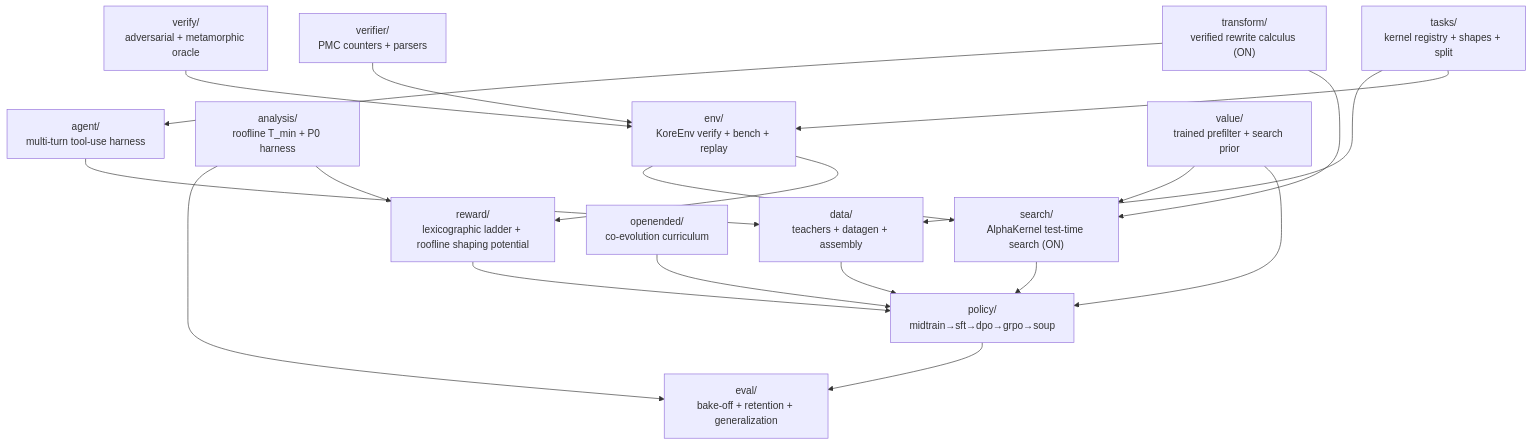
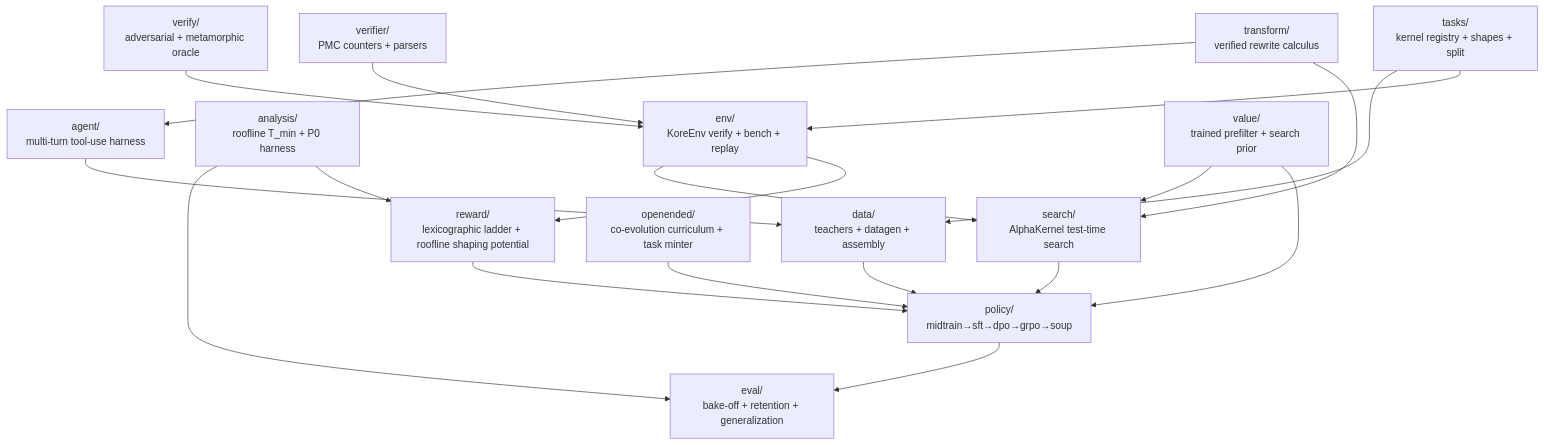
Before and after one commit to amd-shasriva/KORE: the diagram in kore/README.md, drawn with Mermaid. The commit also changed other lines of this file and 23 other files, not shown here.

````diff
--- a/kore/README.md
+++ b/kore/README.md
@@ -13,36 +13,36 @@
 ```mermaid
 flowchart TB
   tasks["tasks/<br/>kernel registry + shapes + split"]
   env["env/<br/>KoreEnv verify + bench + replay"]
   analysis["analysis/<br/>roofline T_min + P0 harness"]
   reward["reward/<br/>lexicographic ladder + roofline shaping potential"]
   verify["verify/<br/>adversarial + metamorphic oracle"]
   verifier["verifier/<br/>PMC counters + parsers"]
   data["data/<br/>teachers + datagen + assembly"]
   agent["agent/<br/>multi-turn tool-use harness"]
-  openended["openended/<br/>co-evolution curriculum"]
+  openended["openended/<br/>co-evolution curriculum + task minter"]
+  search["search/<br/>AlphaKernel test-time search"]
+  transform["transform/<br/>verified rewrite calculus"]
   policy["policy/<br/>midtrain→sft→dpo→grpo→soup"]
   value["value/<br/>trained prefilter + search prior"]
   eval["eval/<br/>bake-off + retention + generalization"]
-  search["search/<br/>AlphaKernel test-time search (ON)"]
-  transform["transform/<br/>verified rewrite calculus (ON)"]
 
   tasks --> env
   env --> reward
   analysis --> reward
   verifier --> env
   verify --> env
   reward --> policy
   data --> policy
   agent --> data
   openended --> policy
   value --> policy
   tasks --> data
   policy --> eval
   analysis --> eval
   transform --> search
   transform --> agent
   value --> search
   env --> search
   search --> policy
 ```
````
